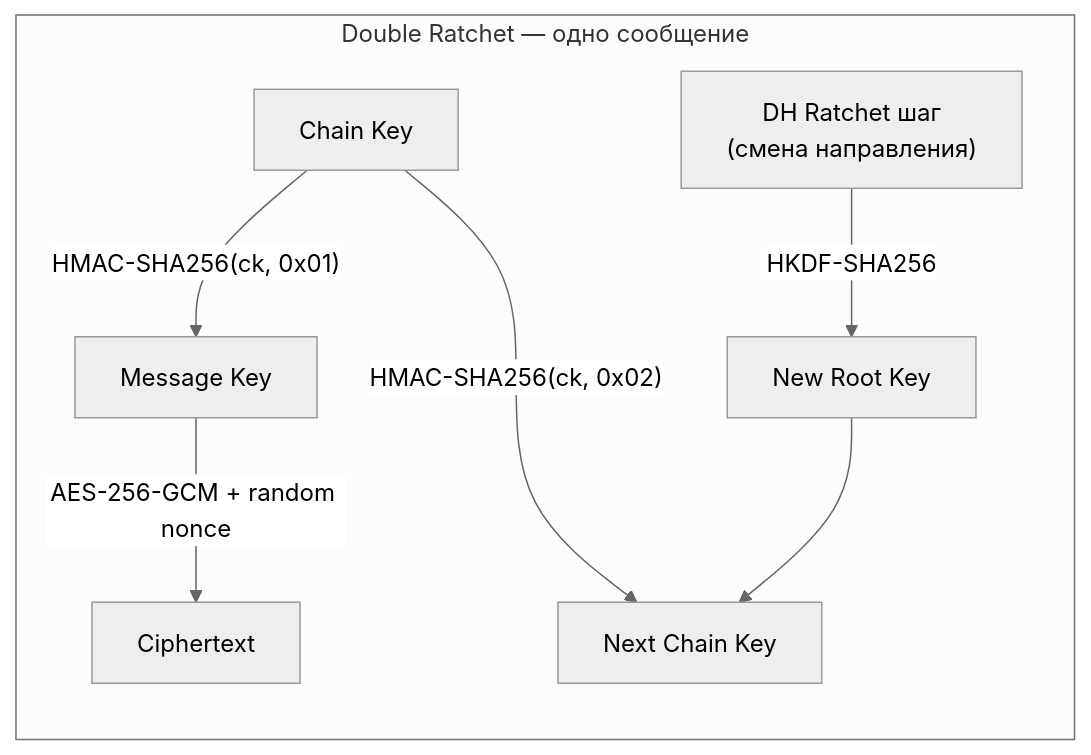
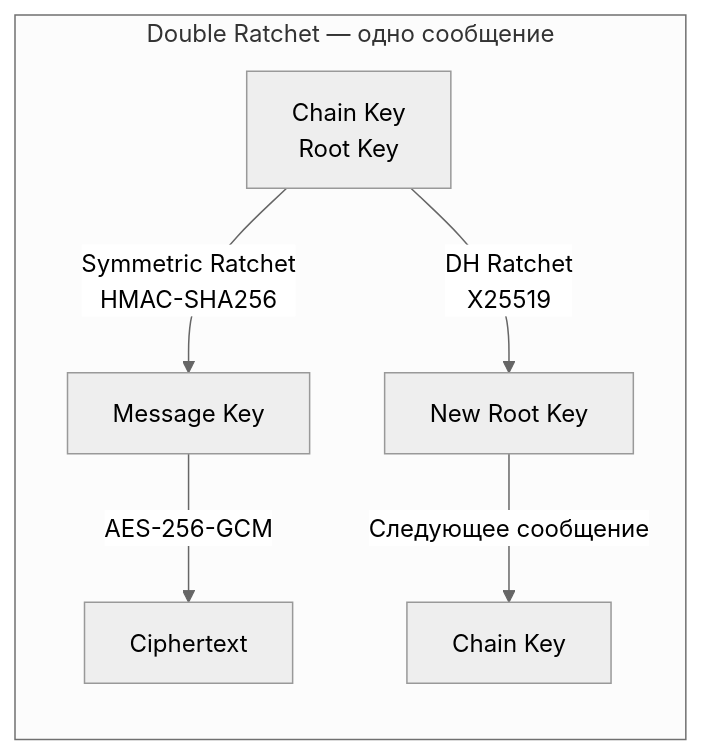
Before and after one commit to vaazhen/chaos-e2ee-messenger: the third of 4 diagrams in README.ru.md, drawn with Mermaid (neutral theme). The commit also changed other lines of this file and 1 other file, not shown here.

Commit message:
docs: add Mermaid architecture, E2EE flow, and deployment diagrams to README

````diff
--- a/README.ru.md
+++ b/README.ru.md
@@ -239,10 +304,9 @@
 ```mermaid
 graph LR
     subgraph "Double Ratchet — одно сообщение"
-        CK["Chain Key"] -->|"HMAC-SHA256(ck, 0x01)"| MK["Message Key"]
-        CK -->|"HMAC-SHA256(ck, 0x02)"| CK2["Next Chain Key"]
-        MK -->|"AES-256-GCM + random nonce"| CT["Ciphertext"]
-        DH["DH Ratchet шаг\n(смена направления)"] -->|"HKDF-SHA256"| RK2["New Root Key"]
-        RK2 --> CK2
+        CK[Chain Key<br/>Root Key] -->|DH Ratchet<br/>X25519| RK[New Root Key]
+        CK -->|Symmetric Ratchet<br/>HMAC-SHA256| MK[Message Key]
+        MK -->|AES-256-GCM| CT[Ciphertext]
+        RK -->|Следующее сообщение| CK2[Chain Key]
     end
 ```
````
